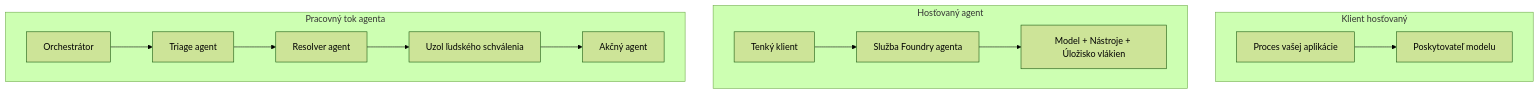
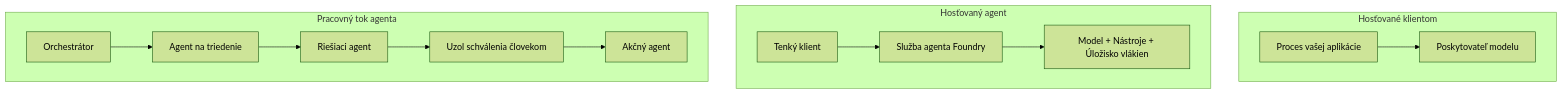
One commit to gabrielmoreira/agent-skills-mirror changed the first of 4 diagrams in mirrors/repos/microsoft@ai-agents-for-beginners/translations/sk/16-deploying-scalable-agents/README.md. Above: the diagram before and after it, drawn with Mermaid (forest theme). The commit also changed other lines of this file and 4262 other files, not shown here.

````diff
--- a/mirrors/repos/microsoft@ai-agents-for-beginners/translations/sk/16-deploying-scalable-agents/README.md
+++ b/mirrors/repos/microsoft@ai-agents-for-beginners/translations/sk/16-deploying-scalable-agents/README.md
@@ -87,16 +87,16 @@
 ```mermaid
 flowchart TB
-    subgraph P1[Klient hosťovaný]
+    subgraph P1[Hosťované klientom]
         A1[Proces vašej aplikácie] --> M1[Poskytovateľ modelu]
     end
     subgraph P2[Hosťovaný agent]
-        A2[Tenký klient] --> F2[Služba Foundry agenta]
+        A2[Tenký klient] --> F2[Služba agenta Foundry]
         F2 --> M2[Model + Nástroje + Úložisko vlákien]
     end
     subgraph P3[Pracovný tok agenta]
-        A3[Orchestrátor] --> S1[Triage agent]
-        S1 --> S2[Resolver agent]
-        S2 --> H[Uzol ľudského schválenia]
+        A3[Orchestrátor] --> S1[Agent na triedenie]
+        S1 --> S2[Riešiaci agent]
+        S2 --> H[Uzol schválenia človekom]
         H --> S3[Akčný agent]
     end
 ```
````
